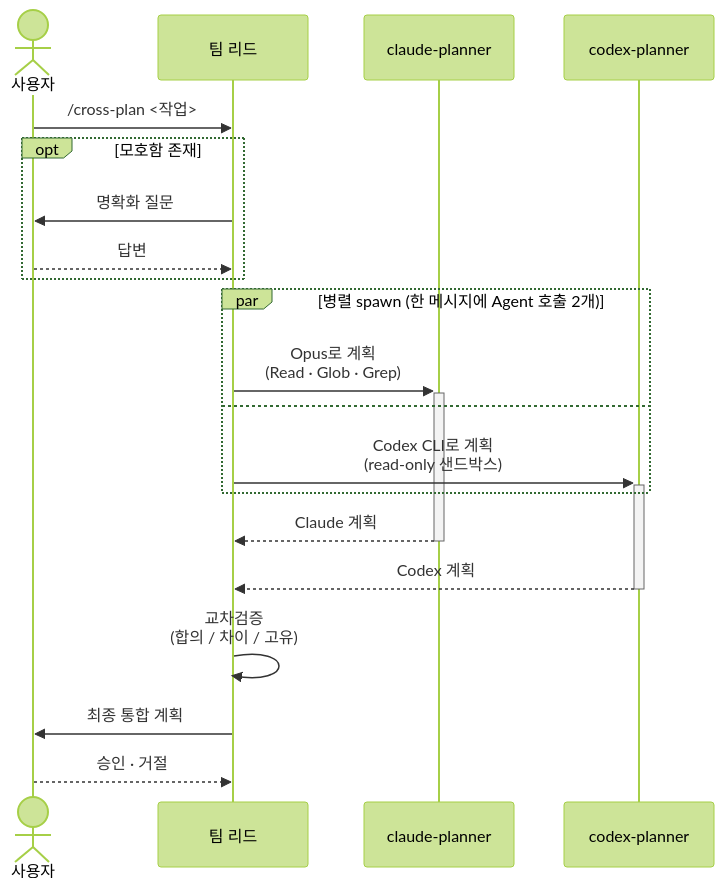
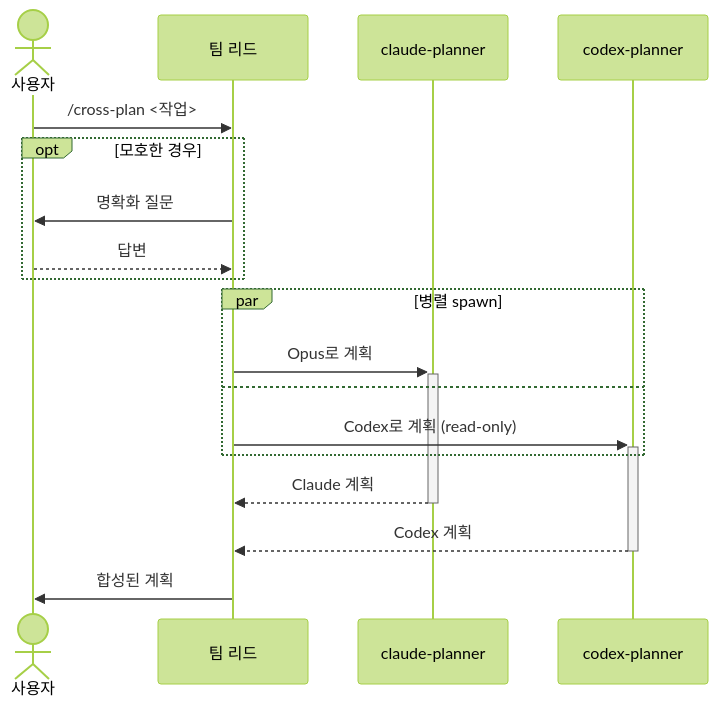
One commit to yunmango/yunmango-claude-plugins changed the second of 2 diagrams in docs/skills/cross-plan.ko.md. Above: the diagram before and after it, drawn with Mermaid (forest theme). The commit also changed other lines of this file and 9 other files, not shown here.

First line of the commit message:
docs(site): trim verbose explanations, keep diagrams + tables

````diff
--- a/docs/skills/cross-plan.ko.md
+++ b/docs/skills/cross-plan.ko.md
@@ -59,23 +42,21 @@
 ```mermaid
 sequenceDiagram
     actor User as 사용자
     participant Lead as 팀 리드
     participant CP as claude-planner
     participant XP as codex-planner
 
     User->>Lead: /cross-plan <작업>
-    opt 모호함 존재
+    opt 모호한 경우
         Lead->>User: 명확화 질문
         User-->>Lead: 답변
     end
-    par 병렬 spawn (한 메시지에 Agent 호출 2개)
-        Lead->>+CP: Opus로 계획<br/>(Read · Glob · Grep)
+    par 병렬 spawn
+        Lead->>+CP: Opus로 계획
     and
-        Lead->>+XP: Codex CLI로 계획<br/>(read-only 샌드박스)
+        Lead->>+XP: Codex로 계획 (read-only)
     end
     CP-->>-Lead: Claude 계획
     XP-->>-Lead: Codex 계획
-    Lead->>Lead: 교차검증<br/>(합의 / 차이 / 고유)
-    Lead->>User: 최종 통합 계획
-    User-->>Lead: 승인 · 거절
+    Lead->>User: 합성된 계획
 ```
````
